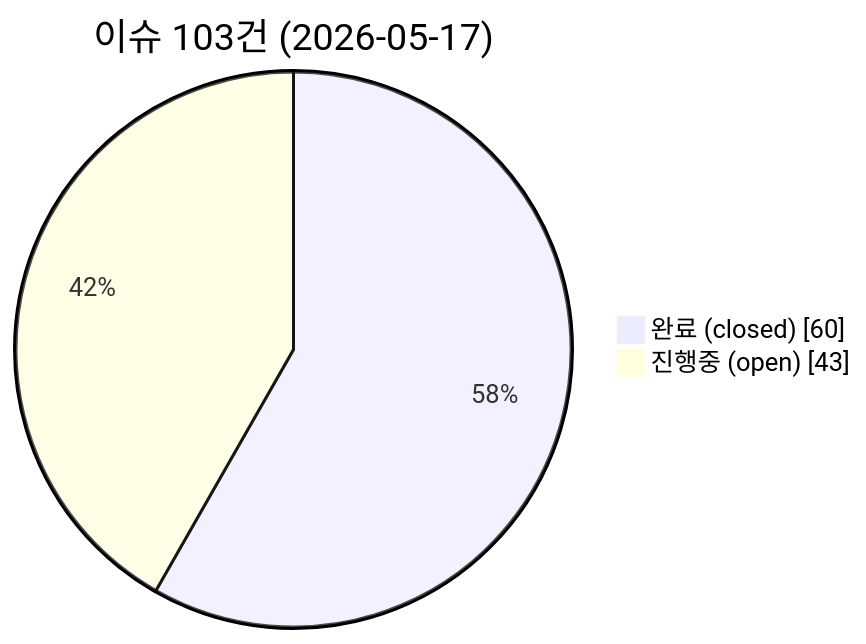
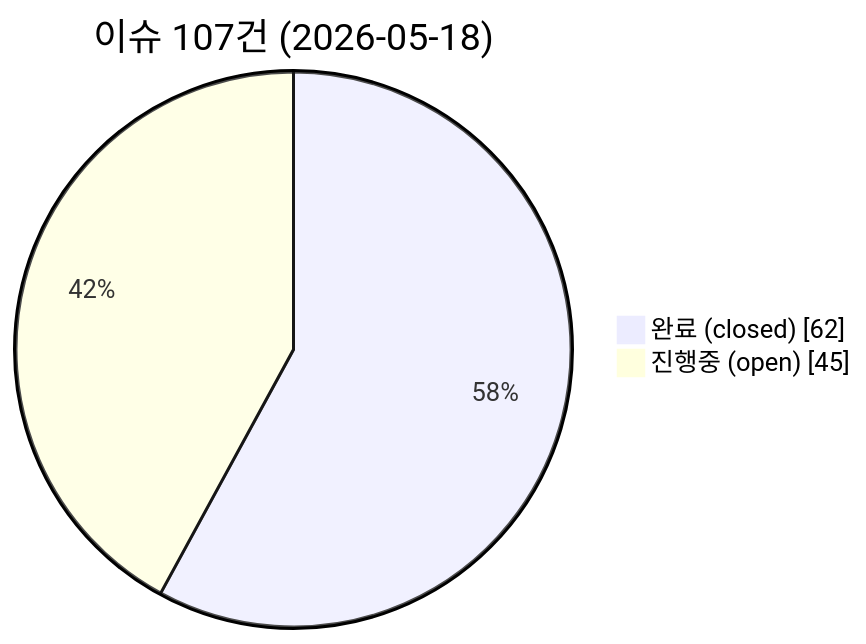
One commit to holee9/MD-process changed the first of 4 diagrams in README.md. Above: the diagram before and after it, drawn with Mermaid. The commit also changed other lines of this file, not shown here.

````diff
--- a/README.md
+++ b/README.md
@@ -89,6 +89,6 @@
 ```mermaid
 pie showData
-    title 이슈 103건 (2026-05-17)
-    "완료 (closed)" : 60
-    "진행중 (open)" : 43
+    title 이슈 107건 (2026-05-18)
+    "완료 (closed)" : 62
+    "진행중 (open)" : 45
 ```
````
